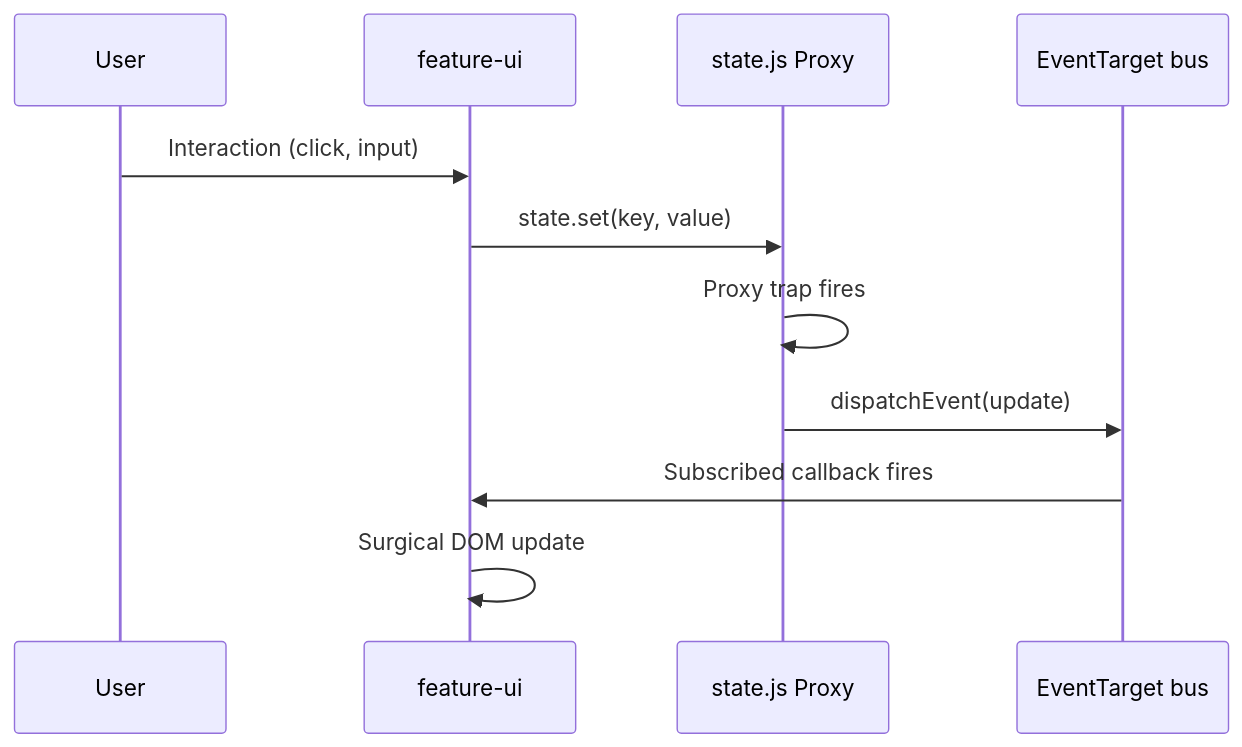
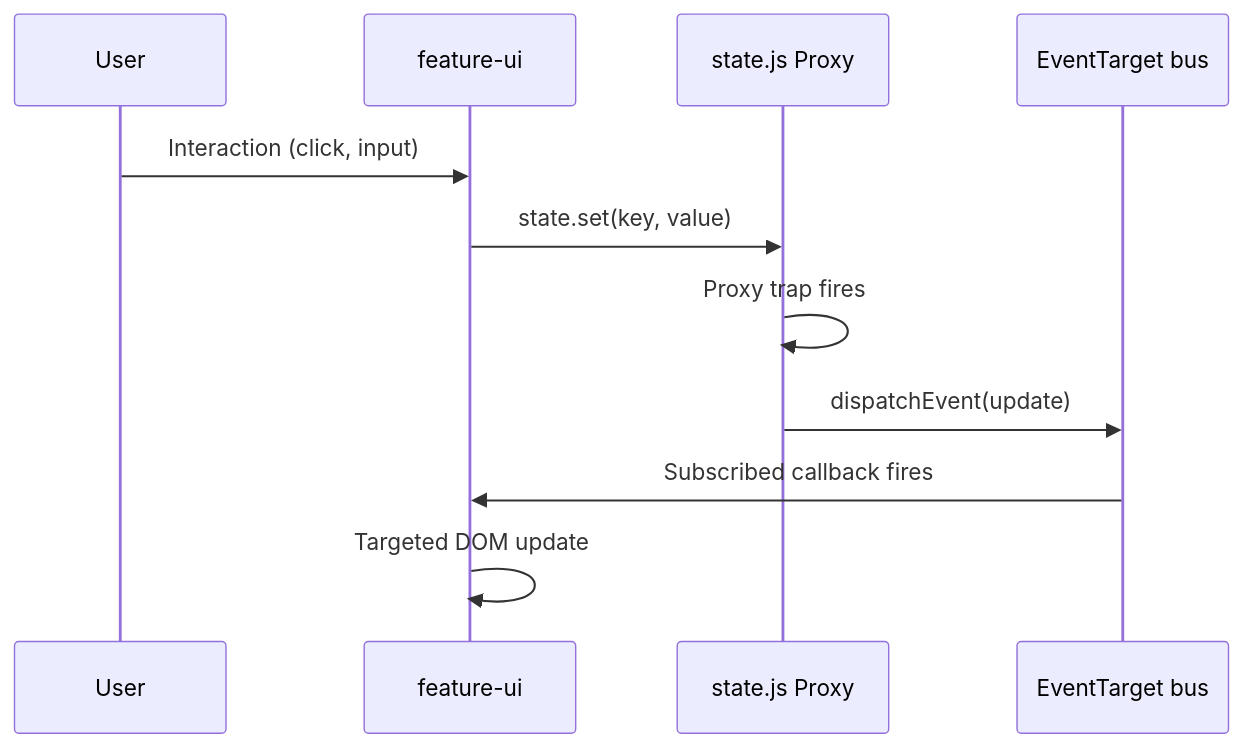
One commit to cybercussion/axiom changed the second of 3 diagrams in README.md. Above: the diagram before and after it, drawn with Mermaid. The commit also changed other lines of this file and 1 other file, not shown here.

````diff
--- a/README.md
+++ b/README.md
@@ -98,14 +123,14 @@
 ```mermaid
 sequenceDiagram
     participant User
     participant Component as feature-ui
     participant State as state.js Proxy
     participant Bus as EventTarget bus
-    
+
     User->>Component: Interaction (click, input)
     Component->>State: state.set(key, value)
     State->>State: Proxy trap fires
     State->>Bus: dispatchEvent(update)
     Bus->>Component: Subscribed callback fires
-    Component->>Component: Surgical DOM update
+    Component->>Component: Targeted DOM update
 ```
````
